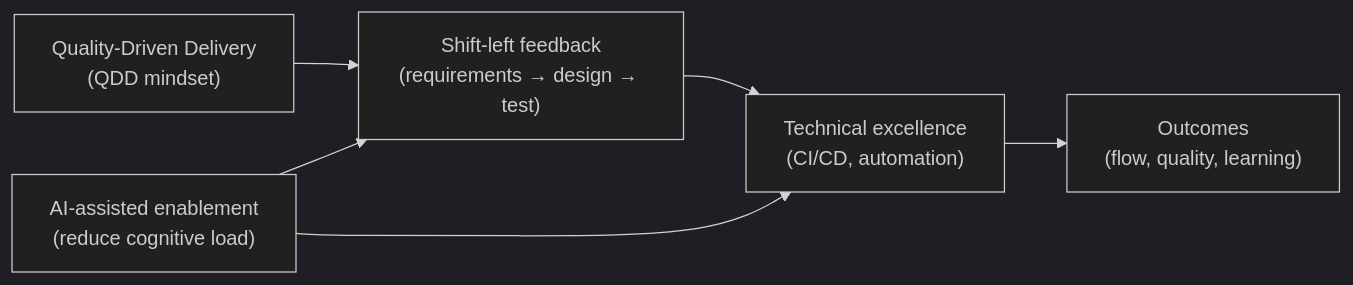
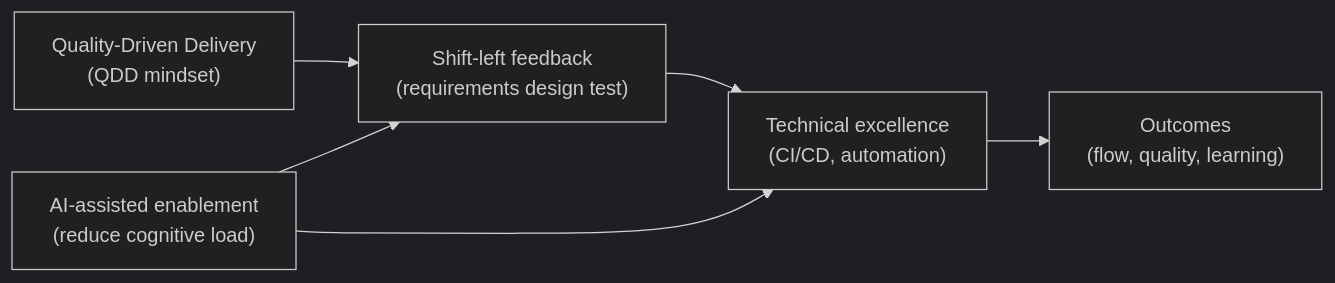
The second of 2 diagrams in ARCHITECTURE-AT-A-GLANCE.md (awsvkvims/ai-assisted-agile-delivery-playbook), drawn with Mermaid (dark theme) before and after one commit. The commit also changed other lines of this file and 1 other file, not shown here.

````diff
--- a/ARCHITECTURE-AT-A-GLANCE.md
+++ b/ARCHITECTURE-AT-A-GLANCE.md
@@ -48,12 +48,12 @@
 ``` mermaid
 flowchart LR
   Q["Quality-Driven Delivery<br/>(QDD mindset)"]
-  SL["Shift-left feedback<br/>(requirements → design → test)"]
+  SL["Shift-left feedback<br/>(requirements  design  test)"]
   TE["Technical excellence<br/>(CI/CD, automation)"]
   AI["AI-assisted enablement<br/>(reduce cognitive load)"]
   OUT["Outcomes<br/>(flow, quality, learning)"]
 
   Q --> SL --> TE --> OUT
   AI --> SL
   AI --> TE
 ```
````
